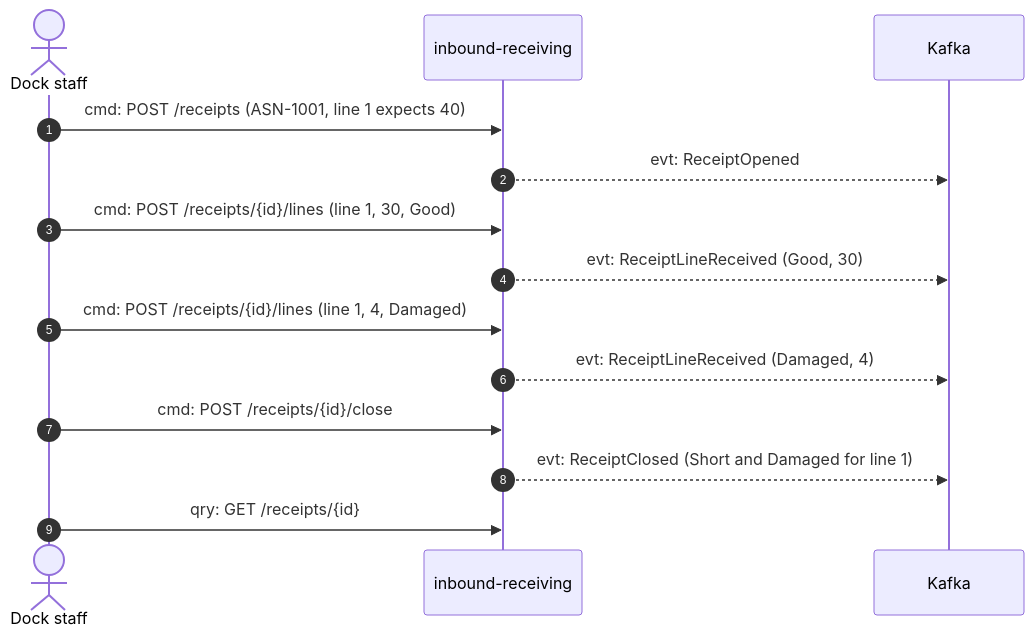
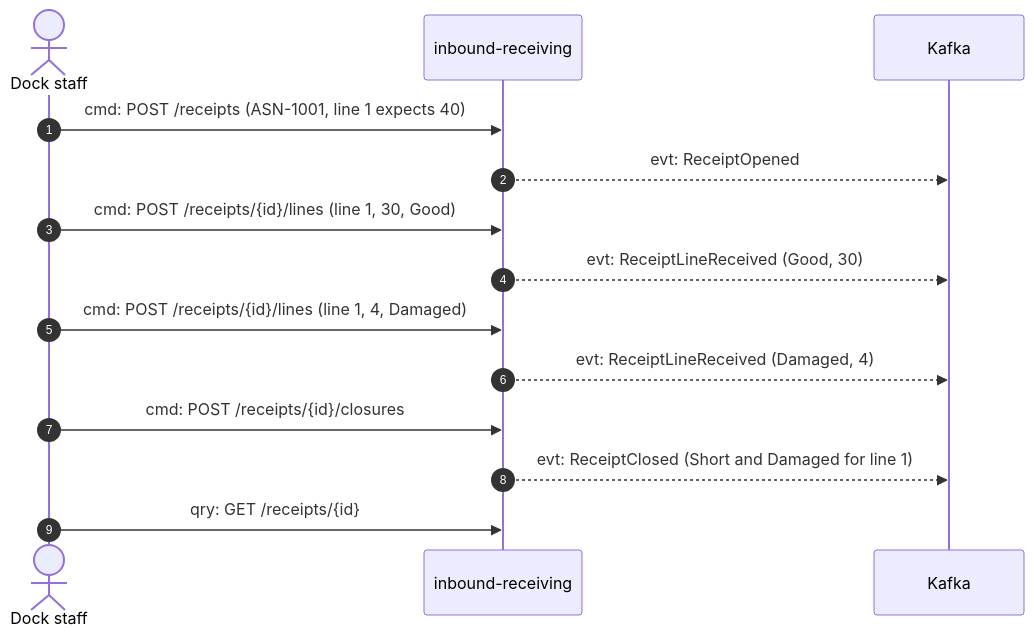
Before and after one commit to IQVO/warehouse-docs: the third of 3 diagrams in docs/contexts/inbound-receiving/domain-message-flow.md, drawn with Mermaid. The commit also changed other lines of this file and 272 other files, not shown here.

````diff
--- a/docs/contexts/inbound-receiving/domain-message-flow.md
+++ b/docs/contexts/inbound-receiving/domain-message-flow.md
@@ -89,17 +89,17 @@
 ```mermaid
 sequenceDiagram
   autonumber
   actor Dock as Dock staff
   participant IR as inbound-receiving
   participant K as Kafka
 
   Dock->>IR: cmd: POST /receipts (ASN-1001, line 1 expects 40)
   IR-->>K: evt: ReceiptOpened
   Dock->>IR: cmd: POST /receipts/{id}/lines (line 1, 30, Good)
   IR-->>K: evt: ReceiptLineReceived (Good, 30)
   Dock->>IR: cmd: POST /receipts/{id}/lines (line 1, 4, Damaged)
   IR-->>K: evt: ReceiptLineReceived (Damaged, 4)
-  Dock->>IR: cmd: POST /receipts/{id}/close
+  Dock->>IR: cmd: POST /receipts/{id}/closures
   IR-->>K: evt: ReceiptClosed (Short and Damaged for line 1)
   Dock->>IR: qry: GET /receipts/{id}
 ```
````
